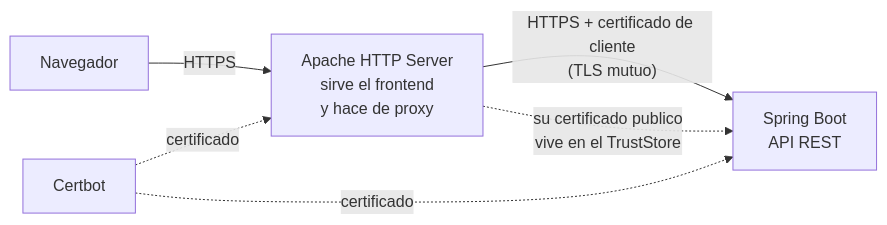
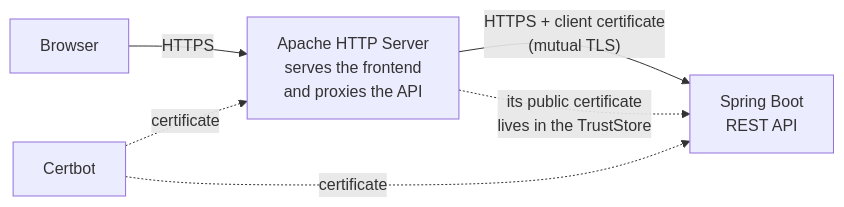
Before and after one commit to juanmavill/secureapp: the diagram in README.md, drawn with Mermaid. The commit also changed other lines of this file and 7 other files, not shown here.

````diff
--- a/README.md
+++ b/README.md
@@ -15,9 +14,9 @@
 ```mermaid
 flowchart LR
-    B[Navegador] -->|HTTPS| A["Apache HTTP Server<br/>sirve el frontend<br/>y hace de proxy"]
-    A -->|"HTTPS + certificado de cliente<br/>(TLS mutuo)"| S["Spring Boot<br/>API REST"]
+    B[Browser] -->|HTTPS| A["Apache HTTP Server<br/>serves the frontend<br/>and proxies the API"]
+    A -->|"HTTPS + client certificate<br/>(mutual TLS)"| S["Spring Boot<br/>REST API"]
 
-    LE[Certbot] -.->|certificado| A
-    LE -.->|certificado| S
-    A -.->|su certificado publico<br/>vive en el TrustStore| S
+    LE[Certbot] -.->|certificate| A
+    LE -.->|certificate| S
+    A -.->|its public certificate<br/>lives in the TrustStore| S
 ```
````
